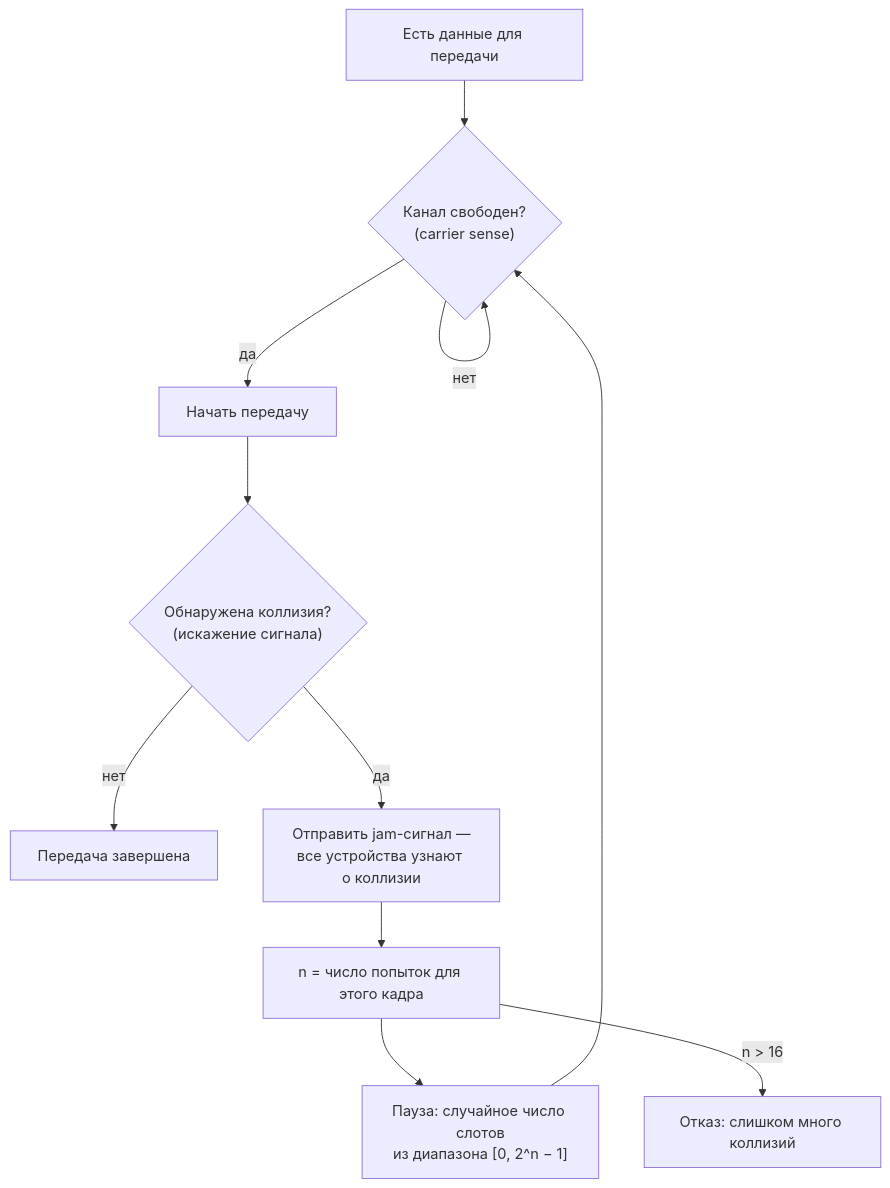
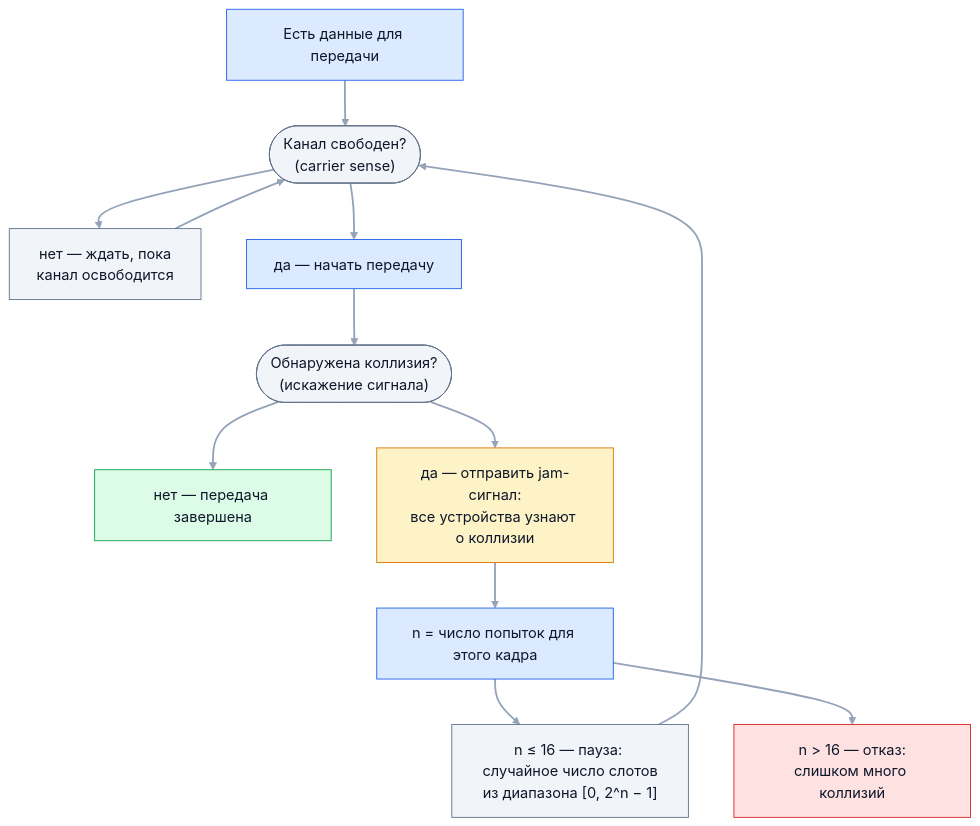
One commit to bogdan111305/java-senior-roadmap changed the second of 3 diagrams in kb/01-fundamentals/03-networking-basics/02-ethernet-data-link.md. Above: the diagram before and after it, drawn with Mermaid. The commit also changed other lines of this file and 31 other files, not shown here.

````diff
--- a/kb/01-fundamentals/03-networking-basics/02-ethernet-data-link.md
+++ b/kb/01-fundamentals/03-networking-basics/02-ethernet-data-link.md
@@ -69,13 +78,24 @@
 ```mermaid
 flowchart TD
-    A["Есть данные для передачи"] --> B{"Канал свободен?<br/>(carrier sense)"}
-    B -- нет --> B
-    B -- да --> C["Начать передачу"]
-    C --> D{"Обнаружена коллизия?<br/>(искажение сигнала)"}
-    D -- нет --> E["Передача завершена"]
-    D -- да --> J["Отправить jam-сигнал —<br/>все устройства узнают о коллизии"]
+    A["Есть данные для передачи"] --> B(["Канал свободен?<br/>(carrier sense)"])
+    B --> WAIT["нет — ждать, пока<br/>канал освободится"] --> B
+    B --> C["да — начать передачу"]
+    C --> D(["Обнаружена коллизия?<br/>(искажение сигнала)"])
+    D --> E["нет — передача завершена"]
+    D --> J["да — отправить jam-сигнал:<br/>все устройства узнают о коллизии"]
     J --> N["n = число попыток для этого кадра"]
-    N --> W["Пауза: случайное число слотов<br/>из диапазона [0, 2^n − 1]"]
+    N --> W["n ≤ 16 — пауза: случайное число слотов<br/>из диапазона [0, 2^n − 1]"]
     W --> B
-    N -- n > 16 --> G["Отказ: слишком много коллизий"]
+    N --> G["n > 16 — отказ:<br/>слишком много коллизий"]
+    classDef main fill:#dbeafe,stroke:#2563eb,color:#0f172a
+    classDef accent fill:#fef3c7,stroke:#d97706,color:#0f172a
+    classDef good fill:#dcfce7,stroke:#16a34a,color:#0f172a
+    classDef muted fill:#f1f5f9,stroke:#64748b,color:#0f172a
+    classDef bad fill:#fee2e2,stroke:#dc2626,color:#0f172a
+    class A,C,N main
+    class B,D,WAIT,W muted
+    class E good
+    class J accent
+    class G bad
+    linkStyle default stroke:#94a3b8,stroke-width:2px
 ```
````
